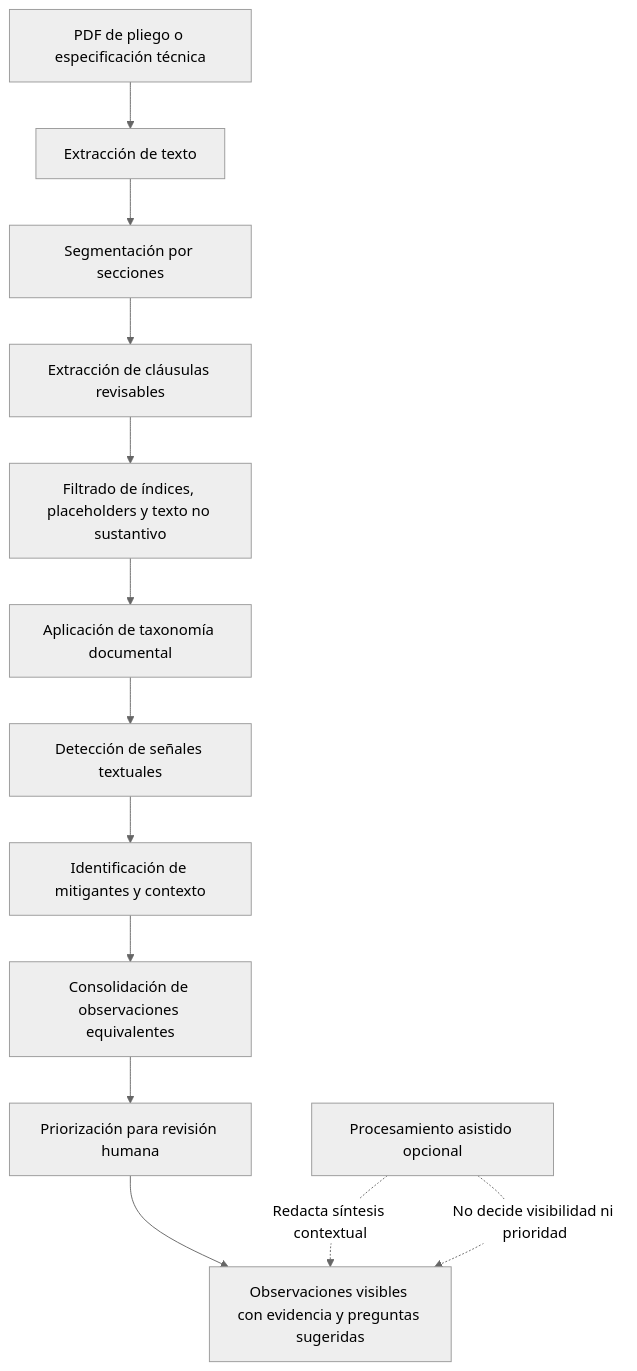
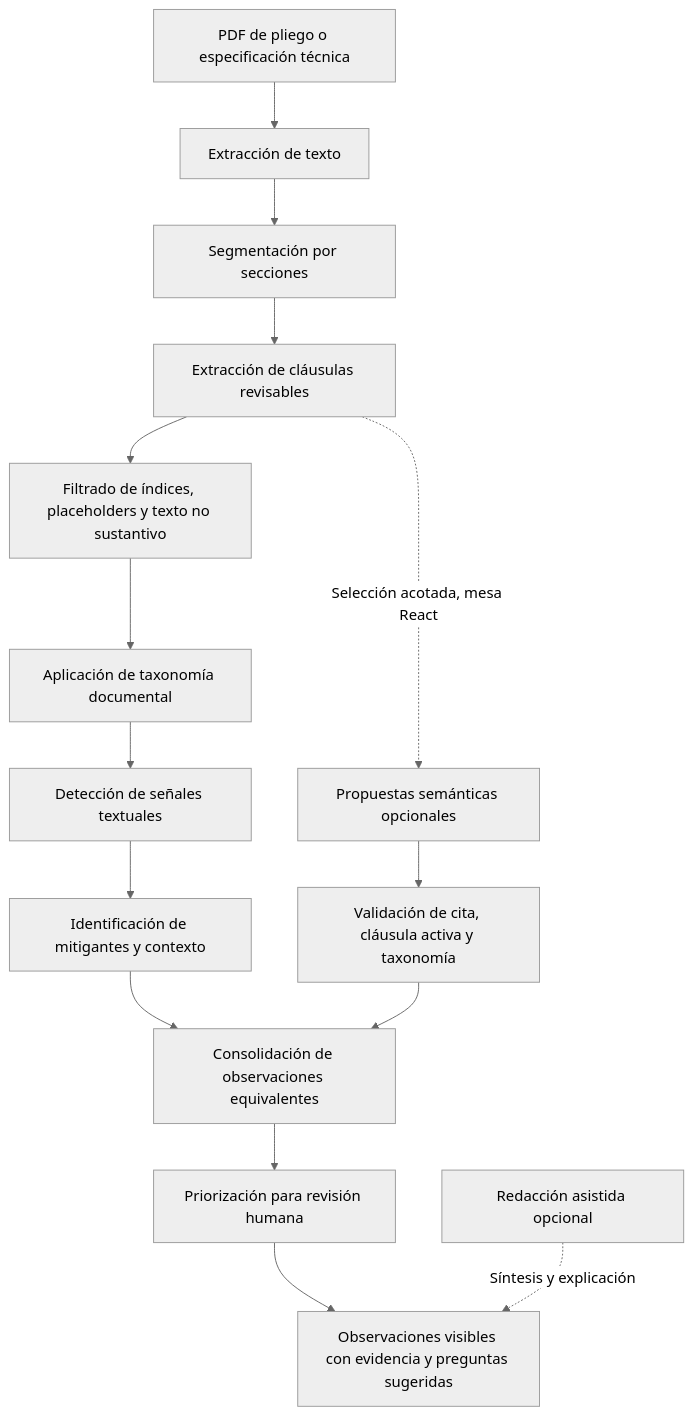
One commit to sebadhy/IntegrityTool changed the diagram in README.md. Above: the diagram before and after it, drawn with Mermaid (neutral theme). The commit also changed other lines of this file and 23 other files, not shown here.

````diff
--- a/README.md
+++ b/README.md
@@ -34,16 +34,18 @@
 ```mermaid
 flowchart TD
     A["PDF de pliego o especificación técnica"] --> B["Extracción de texto"]
     B --> C["Segmentación por secciones"]
     C --> D["Extracción de cláusulas revisables"]
     D --> E["Filtrado de índices, placeholders y texto no sustantivo"]
     E --> F["Aplicación de taxonomía documental"]
     F --> G["Detección de señales textuales"]
     G --> H["Identificación de mitigantes y contexto"]
     H --> I["Consolidación de observaciones equivalentes"]
     I --> J["Priorización para revisión humana"]
     J --> K["Observaciones visibles con evidencia y preguntas sugeridas"]
 
-    L["Procesamiento asistido opcional"] -. "Redacta síntesis contextual" .-> K
-    L -. "No decide visibilidad ni prioridad" .-> K
+    D -. "Selección acotada, mesa React" .-> L["Propuestas semánticas opcionales"]
+    L --> M["Validación de cita, cláusula activa y taxonomía"]
+    M --> I
+    N["Redacción asistida opcional"] -. "Síntesis y explicación" .-> K
 ```
````
